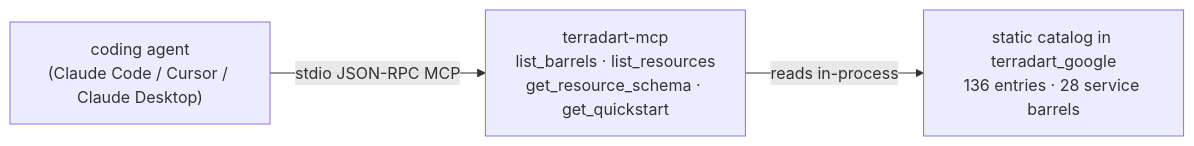
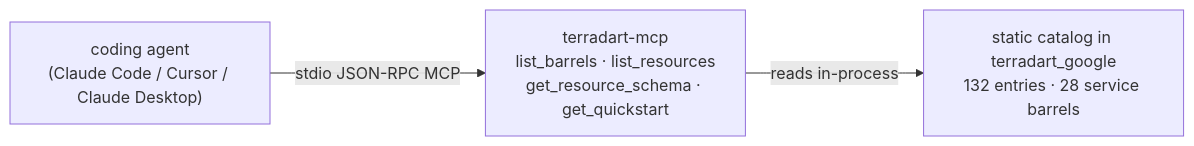
One commit to nozomi-koborinai/terradart changed the diagram in website/src/content/docs/docs/agent/index.md. Above: the diagram before and after it, drawn with Mermaid. The commit also changed other lines of this file and 33 other files, not shown here.

````diff
--- a/website/src/content/docs/docs/agent/index.md
+++ b/website/src/content/docs/docs/agent/index.md
@@ -12,8 +12,8 @@
 ```mermaid
 graph LR
   agent["coding agent<br/>(Claude Code / Cursor / Claude Desktop)"]
   mcp["terradart-mcp<br/>list_barrels · list_resources<br/>get_resource_schema · get_quickstart"]
-  catalog["static catalog in terradart_google<br/>136 entries · 28 service barrels"]
+  catalog["static catalog in terradart_google<br/>132 entries · 28 service barrels"]
   agent -->|stdio JSON-RPC MCP| mcp
   mcp -->|reads in-process| catalog
 ```
````
